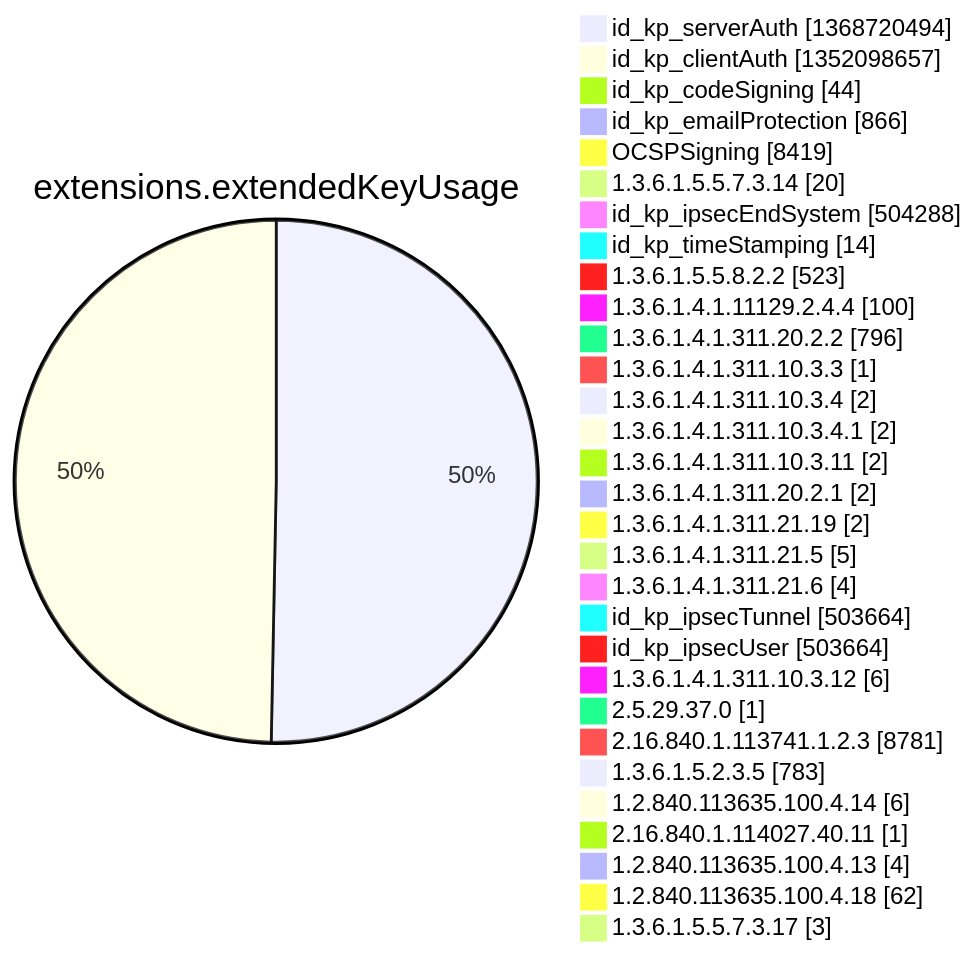
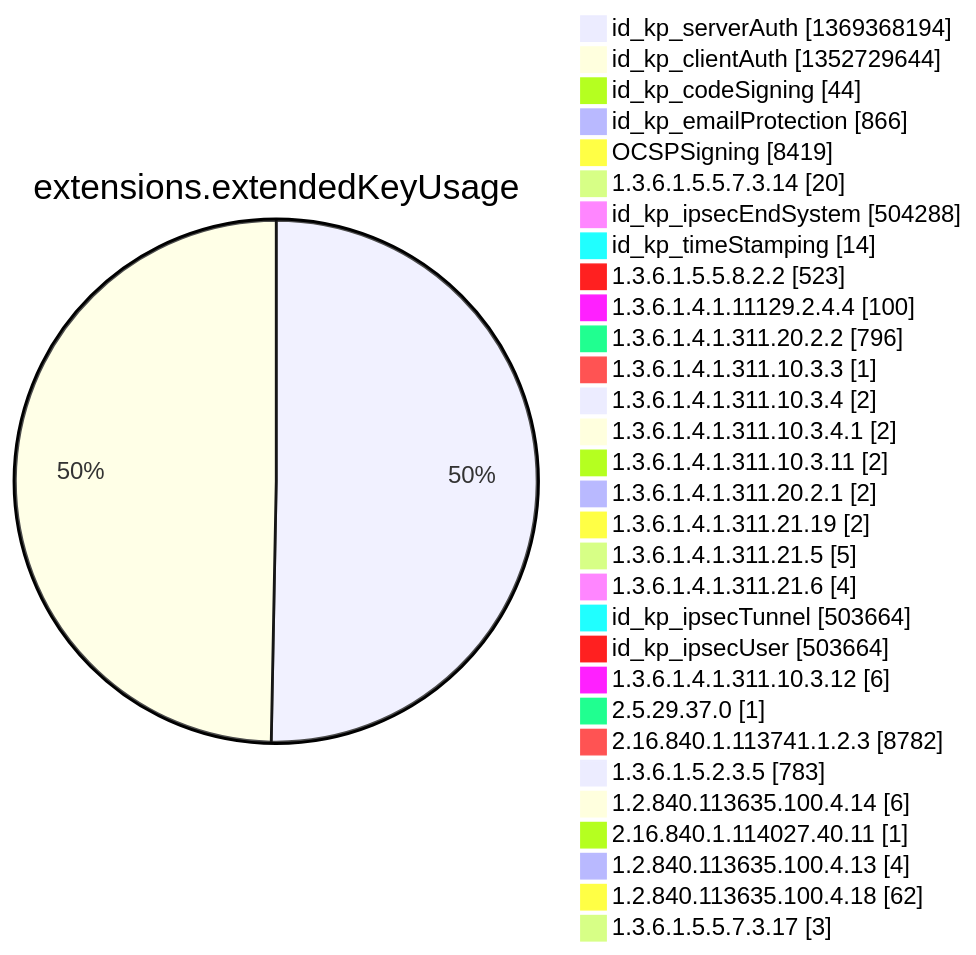
Diagram 12 of 15 in argon2022/README.md (christiankrug/ctmonitor_visualization), drawn with Mermaid before and after one commit. The commit also changed other lines of this file, not shown here.

````diff
--- a/argon2022/README.md
+++ b/argon2022/README.md
@@ -3553,34 +3553,34 @@
 ```mermaid
 pie showData
 title extensions.extendedKeyUsage
-"id_kp_serverAuth" :1368720494
-"id_kp_clientAuth" :1352098657
+"id_kp_serverAuth" :1369368194
+"id_kp_clientAuth" :1352729644
 "id_kp_codeSigning" :44
 "id_kp_emailProtection" :866
 "OCSPSigning" :8419
 "1.3.6.1.5.5.7.3.14" :20
 "id_kp_ipsecEndSystem" :504288
 "id_kp_timeStamping" :14
 "1.3.6.1.5.5.8.2.2" :523
 "1.3.6.1.4.1.11129.2.4.4" :100
 "1.3.6.1.4.1.311.20.2.2" :796
 "1.3.6.1.4.1.311.10.3.3" :1
 "1.3.6.1.4.1.311.10.3.4" :2
 "1.3.6.1.4.1.311.10.3.4.1" :2
 "1.3.6.1.4.1.311.10.3.11" :2
 "1.3.6.1.4.1.311.20.2.1" :2
 "1.3.6.1.4.1.311.21.19" :2
 "1.3.6.1.4.1.311.21.5" :5
 "1.3.6.1.4.1.311.21.6" :4
 "id_kp_ipsecTunnel" :503664
 "id_kp_ipsecUser" :503664
 "1.3.6.1.4.1.311.10.3.12" :6
 "2.5.29.37.0" :1
-"2.16.840.1.113741.1.2.3" :8781
+"2.16.840.1.113741.1.2.3" :8782
 "1.3.6.1.5.2.3.5" :783
 "1.2.840.113635.100.4.14" :6
 "2.16.840.1.114027.40.11" :1
 "1.2.840.113635.100.4.13" :4
 "1.2.840.113635.100.4.18" :62
 "1.3.6.1.5.5.7.3.17" :3
 ```
````
